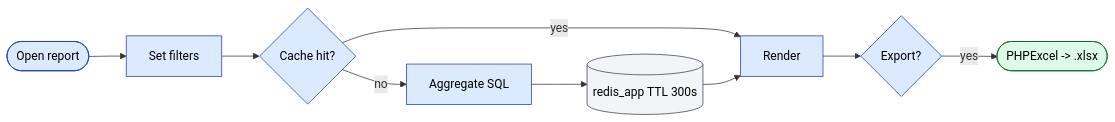
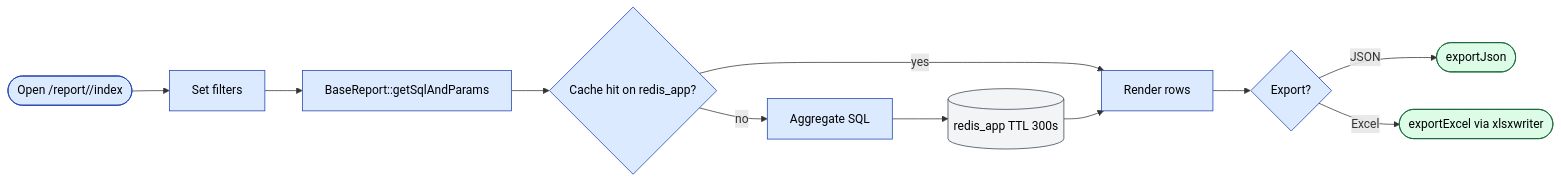
The diagram in docs/modules/report.md (jamshidtulaganov/sd-doc), drawn with Mermaid before and after one commit. The commit also changed other lines of this file and 605 other files, not shown here.

````diff
--- a/docs/modules/report.md
+++ b/docs/modules/report.md
@@ -58,22 +212,24 @@
 ```mermaid
 flowchart LR
-  U(["Open report"]) --> F["Set filters"]
-  F --> CHK{"Cache hit?"}
-  CHK -->|yes| R["Render"]
-  CHK -->|no| SQL["Aggregate SQL"]
-  SQL --> CACHE[("redis_app TTL 300s")]
+  U(["Open /report/<name>/index"]) --> F["Set filters"]
+  F --> SQL["BaseReport::getSqlAndParams"]
+  SQL --> CHK{"Cache hit on redis_app?"}
+  CHK -->|yes| R["Render rows"]
+  CHK -->|no| RUN["Aggregate SQL"]
+  RUN --> CACHE[("redis_app TTL 300s")]
   CACHE --> R
   R --> EX{"Export?"}
-  EX -->|yes| XLS(["PHPExcel -> .xlsx"])
+  EX -->|JSON| J(["exportJson"])
+  EX -->|Excel| XLS(["exportExcel via xlsxwriter"])
 
   classDef action   fill:#dbeafe,stroke:#1e40af,color:#000
   classDef approval fill:#fef3c7,stroke:#92400e,color:#000
   classDef success  fill:#dcfce7,stroke:#166534,color:#000
   classDef reject   fill:#fee2e2,stroke:#991b1b,color:#000
   classDef external fill:#f3f4f6,stroke:#374151,color:#000
   classDef cron     fill:#ede9fe,stroke:#6d28d9,color:#000
 
-  class U,F,CHK,R,SQL,EX action
+  class U,F,SQL,CHK,R,RUN,EX action
   class CACHE external
-  class XLS success
+  class J,XLS success
 ```
````
